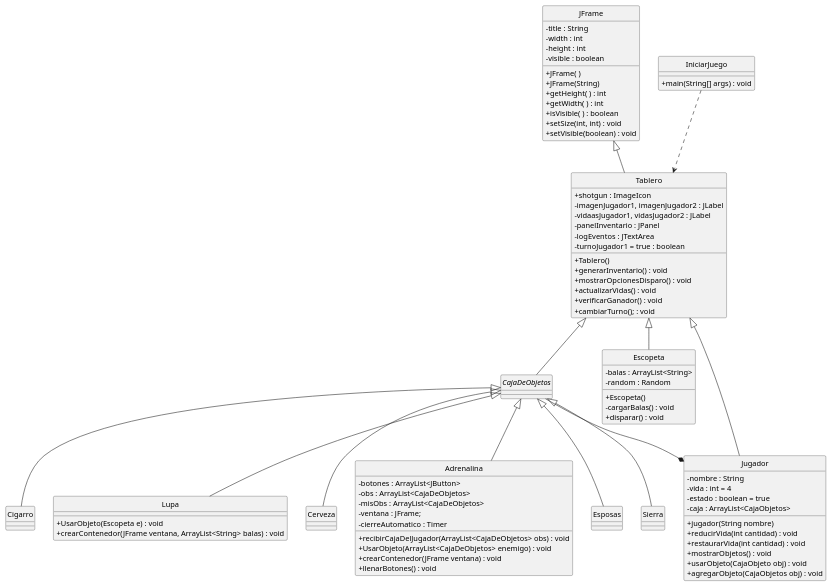
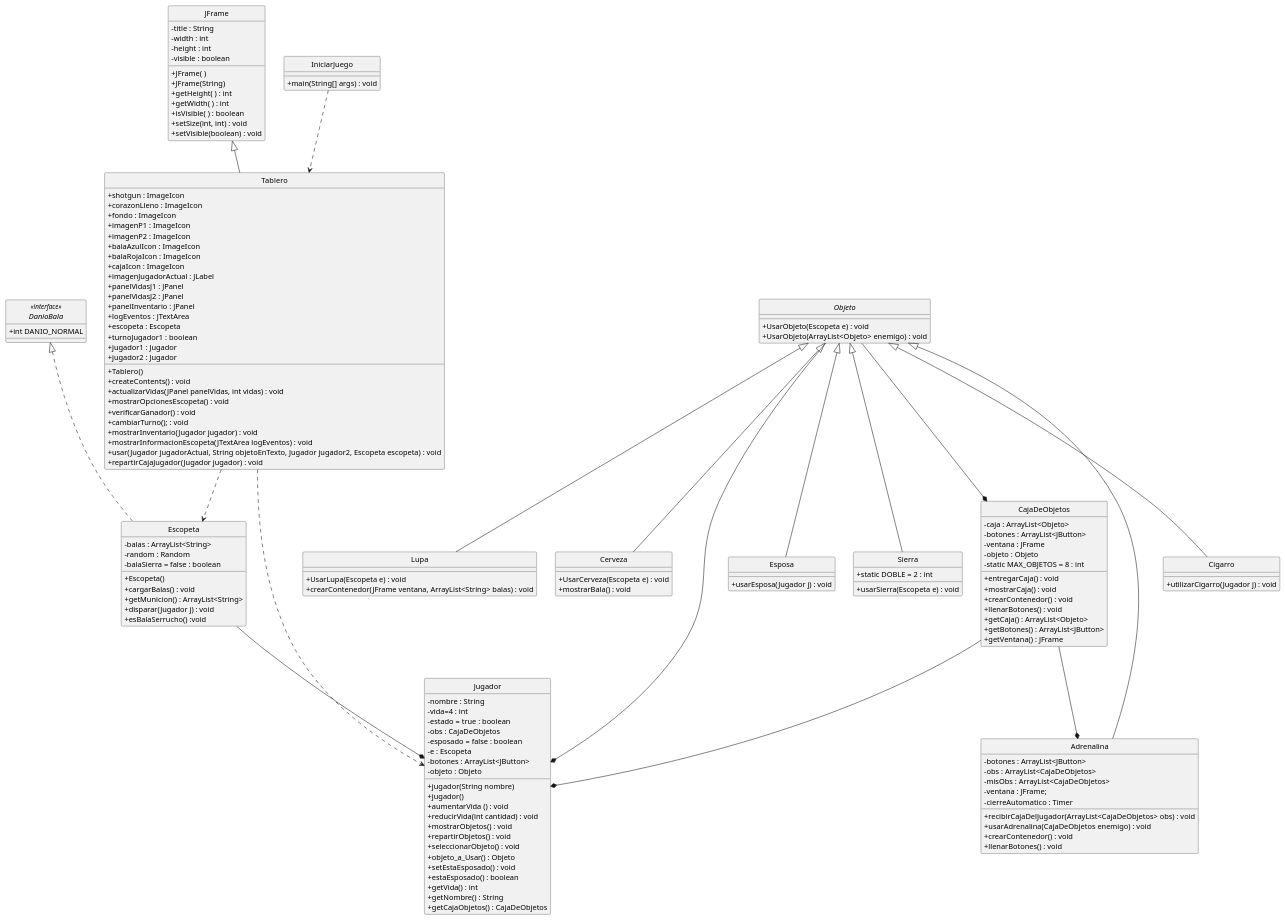
The diagram in uml.puml (F4brici0L4yme/FP2-Final-Project), drawn with PlantUML before and after one commit.

Commit message:
Agregando nuevos atributos y metodos a las clases

```diff
--- a/uml.puml
+++ b/uml.puml
@@ -1,100 +1,157 @@
 @startuml
 skinparam classAttributeIconSize 0
 
 hide class circle
 hide interface circle
 hide abstract circle
 
 class JFrame {
-    - title : String  
-    - width : int  
-    - height : int  
-    - visible : boolean  
+    - title : String
+    - width : int
+    - height : int
+    - visible : boolean
     + JFrame( )
     + JFrame(String)
     + getHeight( ) : int
     + getWidth( ) : int
     + isVisible( ) : boolean
     + setSize(int, int) : void
     + setVisible(boolean) : void
 }
 
 class Tablero extends JFrame {
     + shotgun : ImageIcon
-    - imagenJugador1, imagenJugador2 : JLabel
-    - vidaasJugador1, vidasJugador2 : JLabel
-    - panelInventario : JPanel
-    - logEventos : JTextArea
-    - turnoJugador1 = true : boolean
+    + corazonLleno : ImageIcon
+    + fondo : ImageIcon
+    + imagenP1 : ImageIcon
+    + imagenP2 : ImageIcon
+    + balaAzulIcon : ImageIcon
+    + balaRojaIcon : ImageIcon
+    + cajaIcon : ImageIcon
+    + imagenJugadorActual : JLabel
+    + panelVidasJ1 : JPanel
+    + panelVidasJ2 : JPanel
+    + panelInventario : JPanel
+    + logEventos : JTextArea
+    + escopeta : Escopeta
+    + turnoJugador1 : boolean
+    + jugador1 : Jugador
+    + jugador2 : Jugador
     + Tablero()
-    + generarInventario() : void
-    + mostrarOpcionesDisparo() : void
-    + actualizarVidas() : void
+    + createContents() : void
+    + actualizarVidas(JPanel panelVidas, int vidas) : void
+    + mostrarOpcionesEscopeta() : void
     + verificarGanador() : void
     + cambiarTurno(); : void
+    + mostrarInventario(Jugador jugador) : void
+    + mostrarInformacionEscopeta(JTextArea logEventos) : void
+    + usar(Jugador jugadorActual, String objetoEnTexto, Jugador jugador2, Escopeta escopeta) : void
+    + repartirCajaJugador(Jugador jugador) : void
 }
 
-abstract class CajaDeObjetos extends Tablero{
-
+interface DanioBala <<interface>> {
+    +int DANIO_NORMAL
 }
 
-class Escopeta extends Tablero {
+class Escopeta implements DanioBala {
     - balas : ArrayList<String>
     - random : Random
-    + Escopeta() 
-    - cargarBalas() : void
-    + disparar() : void
+    - balaSierra = false : boolean
+    + Escopeta()
+    + cargarBalas() : void
+    + getMunicion() : ArrayList<String>
+    + disparar(Jugador j) : void
+    + esBalaSerrucho() :void
 }
 
-class Jugador extends Tablero {
+class Jugador{
     - nombre : String
-    - vida : int = 4
-    - estado : boolean = true
-    - caja : ArrayList<CajaObjetos>
+    - vida=4 : int 
+    - estado = true : boolean
+    - obs : CajaDeObjetos
+    - esposado = false : boolean
+    - e : Escopeta
+    - botones : ArrayList<JButton>
+    - objeto : Objeto
     + jugador(String nombre)
+    + jugador()
+    + aumentarVida () : void
     + reducirVida(int cantidad) : void
-    + restaurarVida(int cantidad) : void
     + mostrarObjetos() : void
-    + usarObjeto(CajaObjeto obj) : void
-    + agregarObjeto(CajaObjetos obj) : void
+    + repartirObjetos() : void
+    + seleccionarObjeto() : void
+    + objeto_a_Usar() : Objeto
+    + setEstaEsposado() : void
+    + estaEsposado() : boolean
+    + getVida() : int
+    + getNombre() : String
+    + getCajaObjetos() : CajaDeObjetos
 }
 
-class Cigarro extends CajaDeObjetos {
-
+abstract class Objeto {
+    + UsarObjeto(Escopeta e) : void
+    + UsarObjeto(ArrayList<Objeto> enemigo) : void
 }
 
-class Lupa extends CajaDeObjetos {
-    + UsarObjeto(Escopeta e) : void
+class Cigarro extends Objeto {
+    + utilizarCigarro(Jugador j) : void
+}
+
+class Lupa extends Objeto {
+    + UsarLupa(Escopeta e) : void
     + crearContenedor(JFrame ventana, ArrayList<String> balas) : void
 }
 
-class Cerveza extends CajaDeObjetos {
-
+class Cerveza extends Objeto {
+    + UsarCerveza(Escopeta e) : void
+    + mostrarBala() : void
 }
 
-class Adrenalina extends CajaDeObjetos {
+class Adrenalina extends Objeto {
     - botones : ArrayList<JButton>
     - obs : ArrayList<CajaDeObjetos>
     - misObs : ArrayList<CajaDeObjetos>
     - ventana : JFrame;
     - cierreAutomatico : Timer
     + recibirCajaDelJugador(ArrayList<CajaDeObjetos> obs) : void
-    + UsarObjeto(ArrayList<CajaDeObjetos> enemigo) : void
-    + crearContenedor(JFrame ventana) : void
+    + usarAdrenalina(CajaDeObjetos enemigo) : void
+    + crearContenedor() : void
     + llenarBotones() : void
 }
 
-class Esposas extends CajaDeObjetos {
-
+class Esposa extends Objeto {
+    + usarEsposa(Jugador j) : void
 }
 
-class Sierra extends CajaDeObjetos {
+class Sierra extends Objeto {
+    + static DOBLE = 2 : int
+    + usarSierra(Escopeta e) : void
+}
 
+class CajaDeObjetos {
+    - caja : ArrayList<Objeto>
+    - botones : ArrayList<JButton>
+    - ventana : JFrame
+    - objeto : Objeto
+    - static MAX_OBJETOS = 8 : int
+    + entregarCaja() : void
+    + mostrarCaja() : void
+    + crearContenedor() : void
+    + llenarBotones() : void
+    + getCaja() : ArrayList<Objeto>
+    + getBotones() : ArrayList<JButton>
+    + getVentana() : JFrame
 }
 
 class IniciarJuego {
     + main(String[] args) : void
 }
 IniciarJuego ..> Tablero
+Tablero ..> Jugador
+Tablero ..> Escopeta
+Objeto --* Jugador
 CajaDeObjetos --* Jugador
+Escopeta --* Jugador
+Objeto --* CajaDeObjetos
+CajaDeObjetos --* Adrenalina
 @enduml
```
